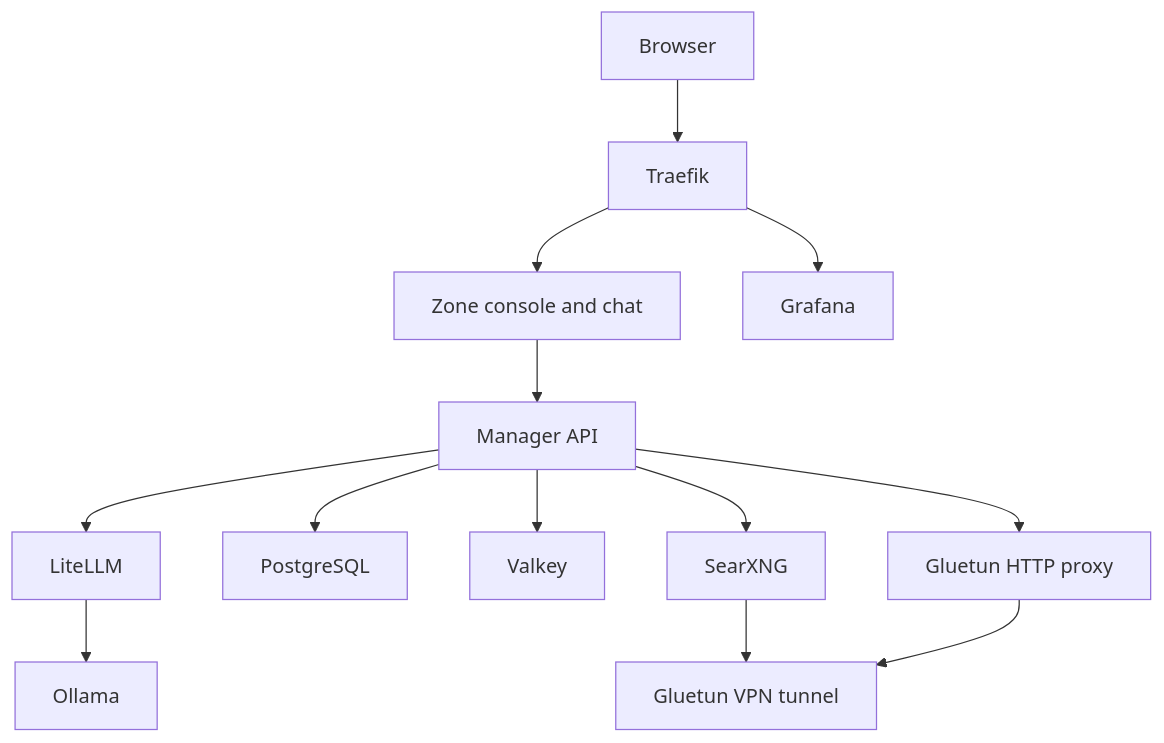
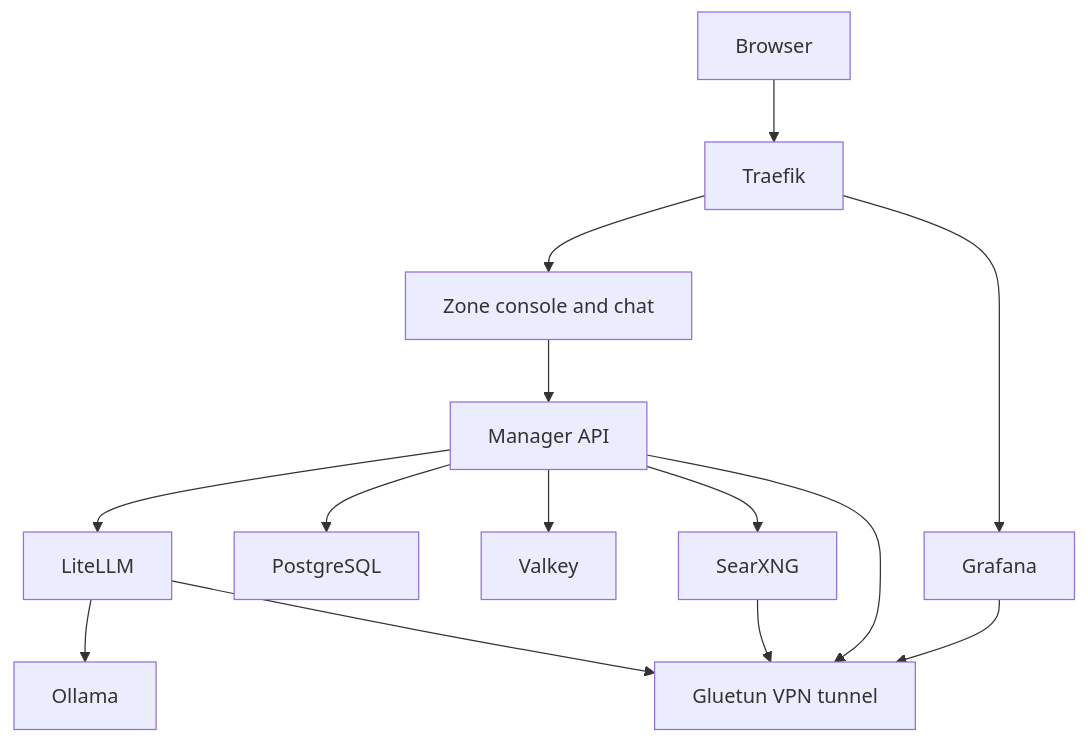
The diagram in README.md (abnegate/zone), drawn with Mermaid before and after one commit. The commit also changed other lines of this file and 10 other files, not shown here.

Commit message:
(feat): send all stack internet traffic through Gluetun when VPN is on

````diff
--- a/README.md
+++ b/README.md
@@ -29,14 +29,15 @@
 ```mermaid
 flowchart TD
     Browser --> Traefik
     Traefik --> Console[Zone console and chat]
     Console --> Manager[Manager API]
     Manager --> LiteLLM --> Ollama
     Manager --> PostgreSQL
     Manager --> Valkey
     Manager --> SearXNG
-    Manager --> Proxy[Gluetun HTTP proxy]
-    SearXNG --> VPN[Gluetun VPN tunnel]
-    Proxy --> VPN
+    Manager --> VPN[Gluetun VPN tunnel]
+    LiteLLM --> VPN
+    SearXNG --> VPN
+    Grafana --> VPN
     Traefik --> Grafana
 ```
````
